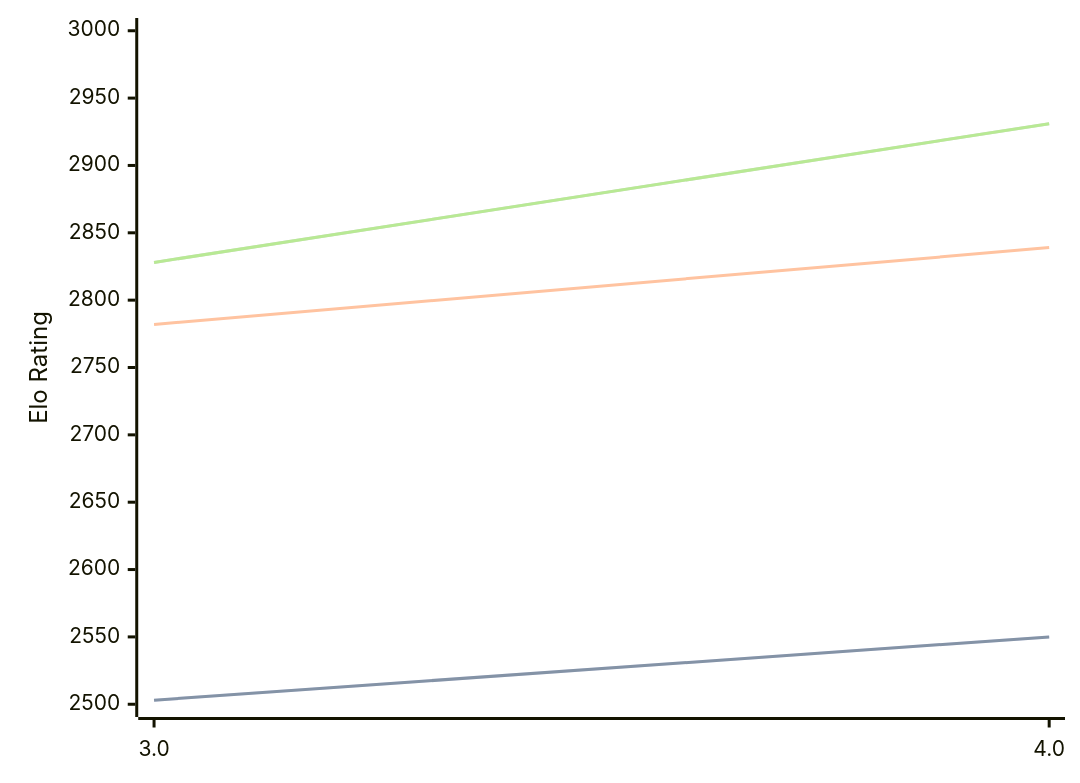
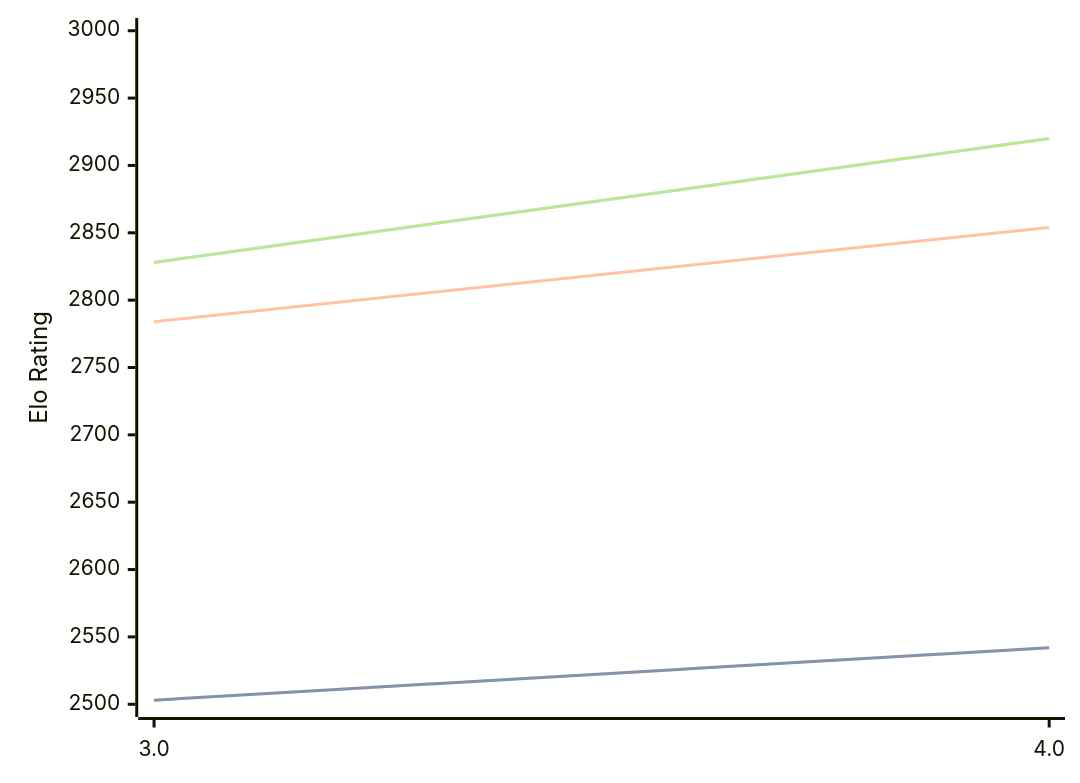
Before and after one commit to computer-chess-index/cci: the diagram in engines/Chess3.md, drawn with Mermaid. The commit also changed other lines of this file, not shown here.

Commit message:
Update CCI Ratings (ELO VLTC) - 2026-04-05

````diff
--- a/engines/Chess3.md
+++ b/engines/Chess3.md
@@ -34,11 +34,11 @@
 ```mermaid
 %%{init: {"theme":"base","themeVariables":{"seriesColors:['#a3a3a3','#222221','#faa371']}}}%%
 xychart-beta
   x-axis ["3.0", "4.0"]
   y-axis "Elo Rating" 2500 --> 3000
-  line "STC (8.0+0.08s)" [2503, 2550]
-  line "STC (8.0+0.08s)" [2503, 2550]
-  line "LTC (60.0+0.60s)" [2782, 2839]
-  line "VLTC (2m24s+1.12s)" [2828, 2931]
-  line "VLTC (2m24s+1.12s)" [2828, 2931]
+  line "STC (8.0+0.08s)" [2503, 2542]
+  line "STC (8.0+0.08s)" [2503, 2542]
+  line "LTC (60.0+0.60s)" [2784, 2854]
+  line "VLTC (2m24s+1.12s)" [2828, 2920]
+  line "VLTC (2m24s+1.12s)" [2828, 2920]
 ```
````
